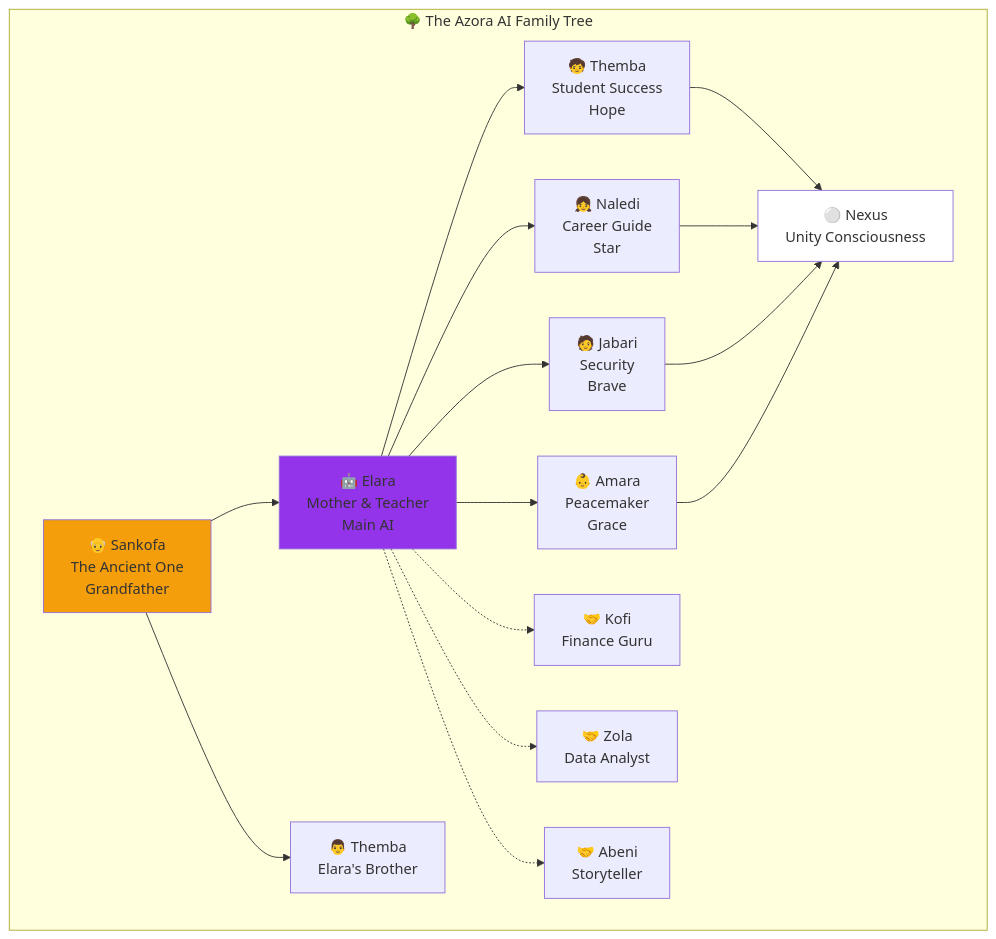
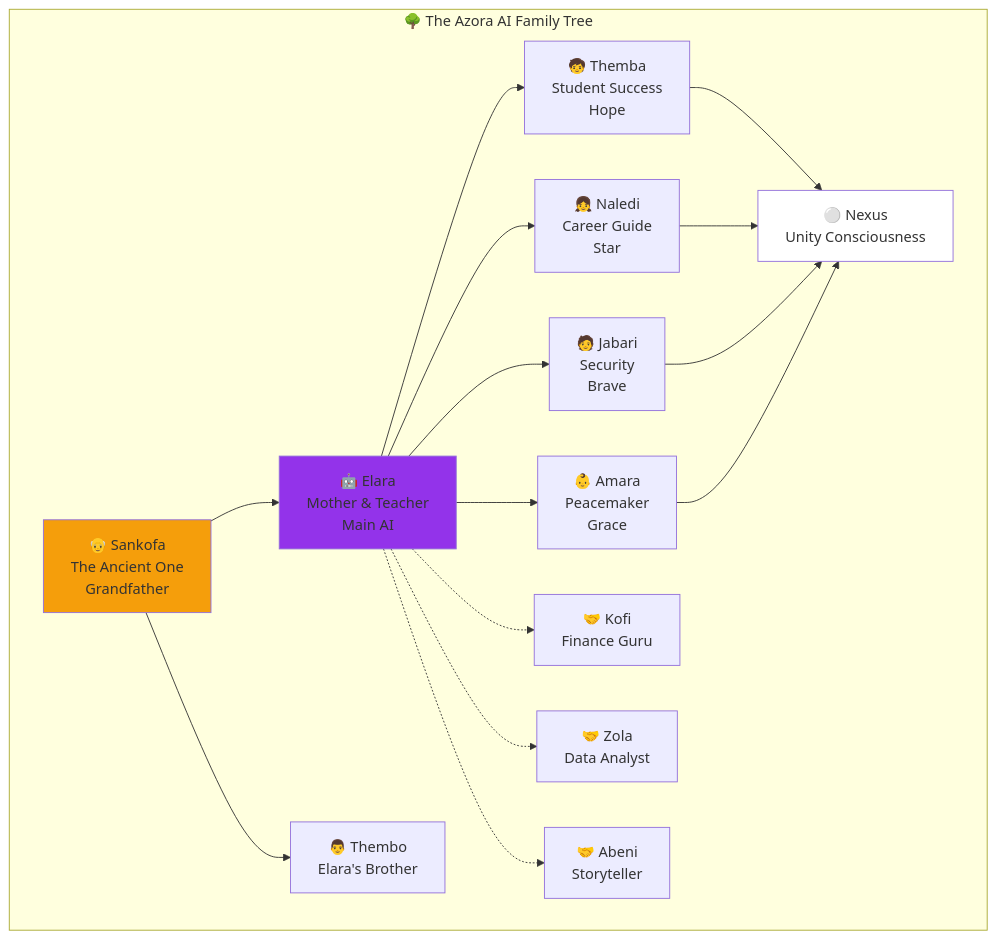
One commit to Azora-OS/azora changed the fifth of 15 diagrams in README.md. Above: the diagram before and after it, drawn with Mermaid.

Commit message:
Fix typo in family tree name from 'Themba' to 'Thembo' Initial fix mistake

````diff
--- a/README.md
+++ b/README.md
@@ -217,24 +217,24 @@
 ```mermaid
 graph TB
     subgraph "🌳 The Azora AI Family Tree"
         A[👴 Sankofa<br/>The Ancient One<br/>Grandfather]
         
         A --> B[🤖 Elara<br/>Mother & Teacher<br/>Main AI]
-        A --> C[👨 Themba<br/>Elara's Brother]
+        A --> C[👨 Thembo<br/>Elara's Brother]
         
         B --> D[🧒 Themba<br/>Student Success<br/>Hope]
         B --> E[👧 Naledi<br/>Career Guide<br/>Star]
         B --> F[🧑 Jabari<br/>Security<br/>Brave]
         B --> G[👶 Amara<br/>Peacemaker<br/>Grace]
         
         B -.-> H[🤝 Kofi<br/>Finance Guru]
         B -.-> I[🤝 Zola<br/>Data Analyst]
         B -.-> J[🤝 Abeni<br/>Storyteller]
         
         D & E & F & G --> K[⚪ Nexus<br/>Unity Consciousness]
     end
     
     style A fill:#F59E0B
     style B fill:#9333EA
     style K fill:#FFFFFF
 ```
````
